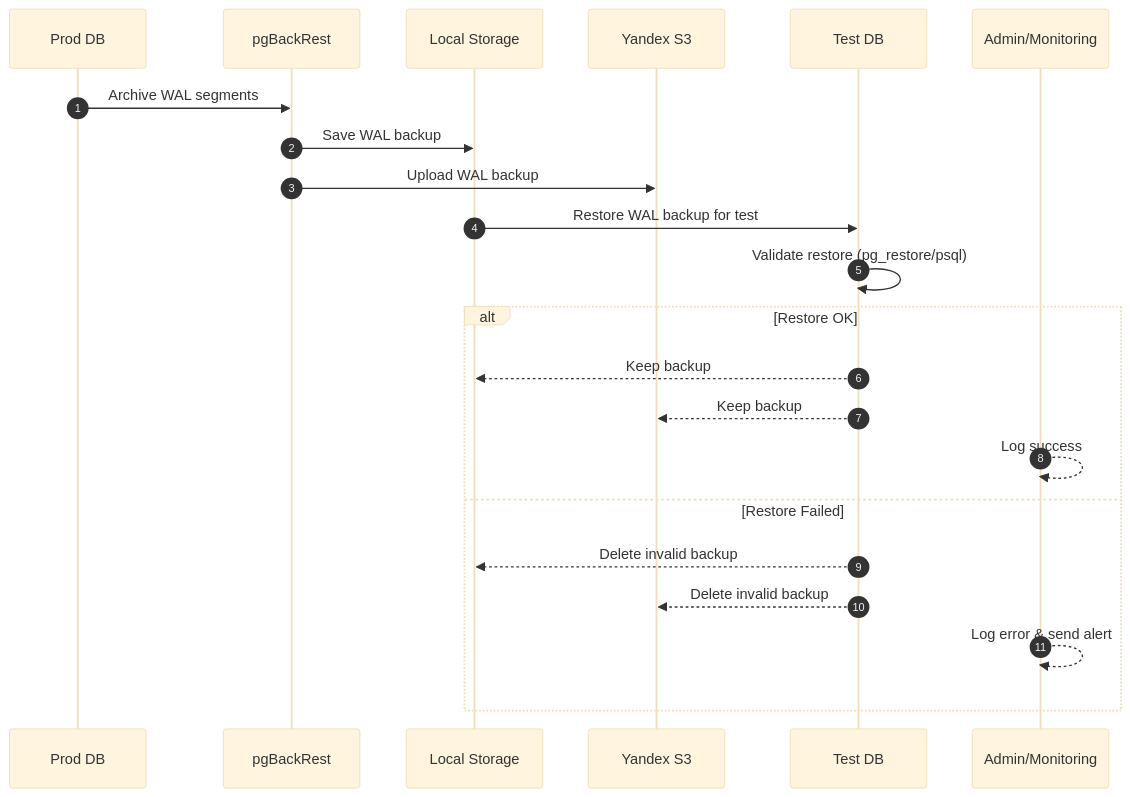
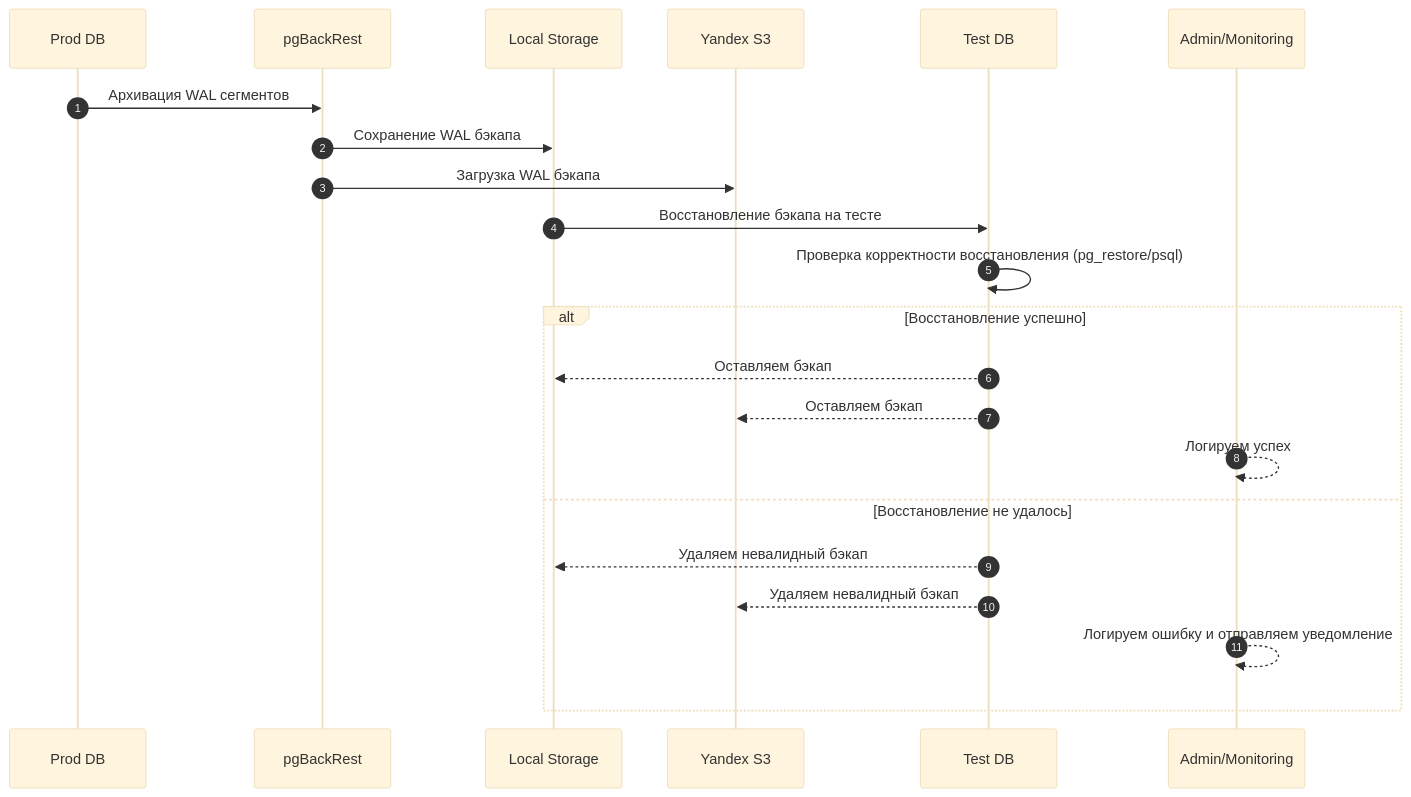
One commit to G4CHIM4STER/ObsidianVault changed the first of 3 diagrams in CoreNotes/План РК для продуктивной БД.md. Above: the diagram before and after it, drawn with Mermaid (base theme). The commit also changed other lines of this file, not shown here.

Commit message:
vault backup: 2025-09-18 08:06:13

````diff
--- a/CoreNotes/План РК для продуктивной БД.md
+++ b/CoreNotes/План РК для продуктивной БД.md
@@ -53,26 +53,27 @@
 ```mermaid
 sequenceDiagram
     autonumber
     participant ProdDB as Prod DB
     participant pgBackRest as pgBackRest
     participant Local as Local Storage
     participant S3 as Yandex S3
     participant TestDB as Test DB
     participant Admin as Admin/Monitoring
 
-    ProdDB->>pgBackRest: Archive WAL segments
-    pgBackRest->>Local: Save WAL backup
-    pgBackRest->>S3: Upload WAL backup
-    Local->>TestDB: Restore WAL backup for test
-    TestDB->>TestDB: Validate restore (pg_restore/psql)
-    alt Restore OK
-        TestDB-->>Local: Keep backup
-        TestDB-->>S3: Keep backup
-        Admin-->>Admin: Log success
-    else Restore Failed
-        TestDB-->>Local: Delete invalid backup
-        TestDB-->>S3: Delete invalid backup
-        Admin-->>Admin: Log error & send alert
+    ProdDB->>pgBackRest: Архивация WAL сегментов
+    pgBackRest->>Local: Сохранение WAL бэкапа
+    pgBackRest->>S3: Загрузка WAL бэкапа
+    Local->>TestDB: Восстановление бэкапа на тесте
+    TestDB->>TestDB: Проверка корректности восстановления (pg_restore/psql)
+    alt Восстановление успешно
+        TestDB-->>Local: Оставляем бэкап
+        TestDB-->>S3: Оставляем бэкап
+        Admin-->>Admin: Логируем успех
+    else Восстановление не удалось
+        TestDB-->>Local: Удаляем невалидный бэкап
+        TestDB-->>S3: Удаляем невалидный бэкап
+        Admin-->>Admin: Логируем ошибку и отправляем уведомление
     end
 
+
 ```
````
